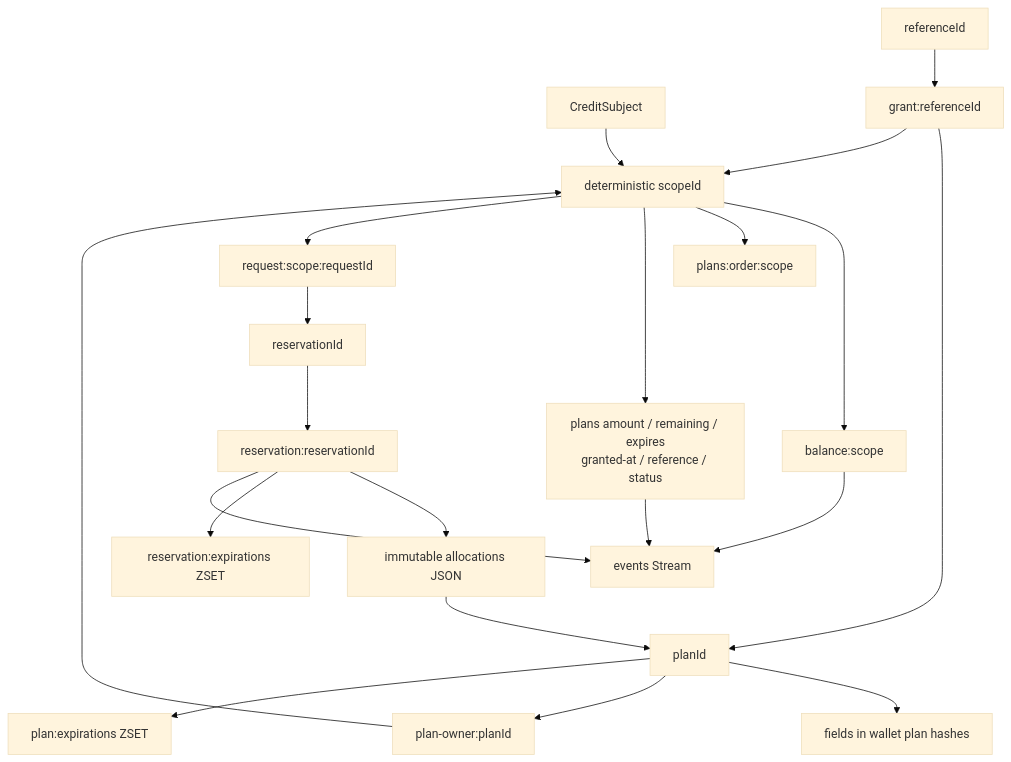
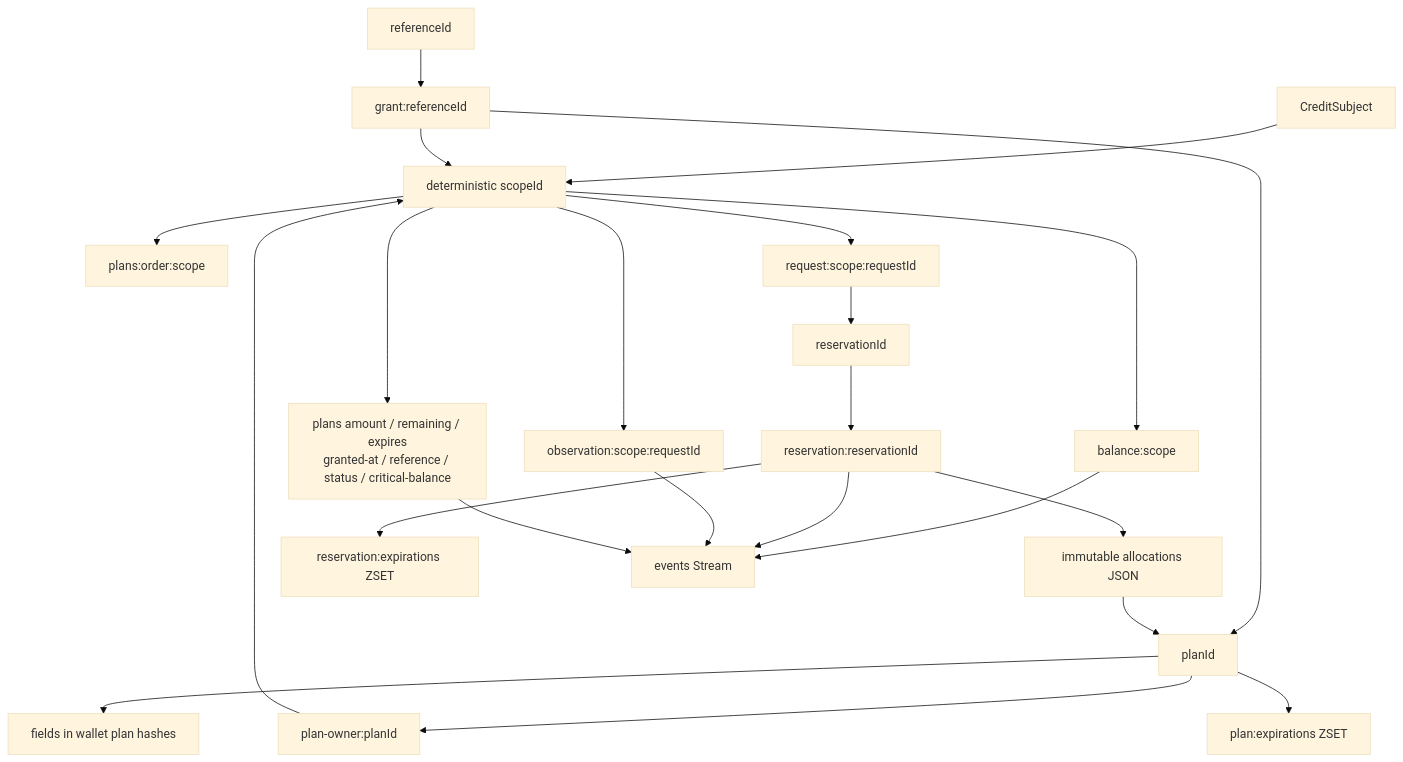
Before and after one commit to hypersign-protocol/hypersign-credit-middleware: the second of 5 diagrams in docs/technical-architecture.md, drawn with Mermaid (base theme). The commit also changed other lines of this file and 41 other files, not shown here.

````diff
--- a/docs/technical-architecture.md
+++ b/docs/technical-architecture.md
@@ -149,26 +149,28 @@
 ```mermaid
 flowchart TD
     Subject[CreditSubject] --> Scope[deterministic scopeId]
     Scope --> Balance[balance:scope]
     Scope --> Order[plans:order:scope]
-    Scope --> PlanHashes[plans amount / remaining / expires<br/>granted-at / reference / status]
+    Scope --> PlanHashes[plans amount / remaining / expires<br/>granted-at / reference / status / critical-balance]
     Scope --> Request[request:scope:requestId]
+    Scope --> Observation[observation:scope:requestId]
 
     PlanId[planId] --> PlanField[fields in wallet plan hashes]
     PlanId --> Owner[plan-owner:planId]
     Reference[referenceId] --> Grant[grant:referenceId]
     Owner --> Scope
     Grant --> PlanId
     Grant --> Scope
 
     Request --> ReservationId[reservationId]
     ReservationId --> Reservation[reservation:reservationId]
     Reservation --> Allocation[immutable allocations JSON]
     Allocation --> PlanId
 
     Reservation --> ReservationExpiry[reservation:expirations ZSET]
     PlanId --> PlanExpiry[plan:expirations ZSET]
     Balance --> Stream[events Stream]
     Reservation --> Stream
+    Observation --> Stream
     PlanHashes --> Stream
 ```
````
